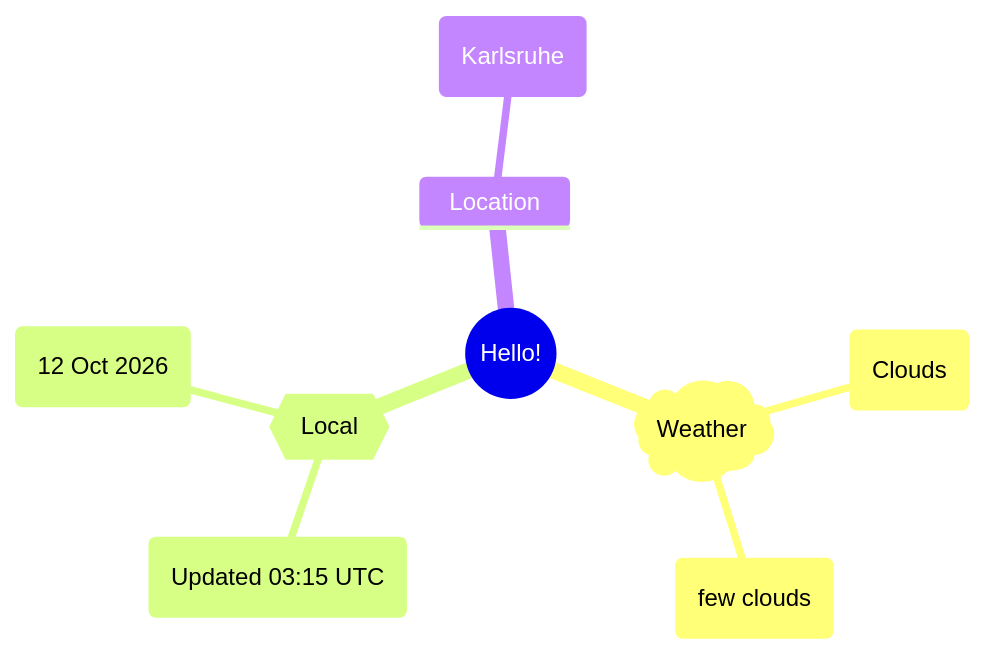
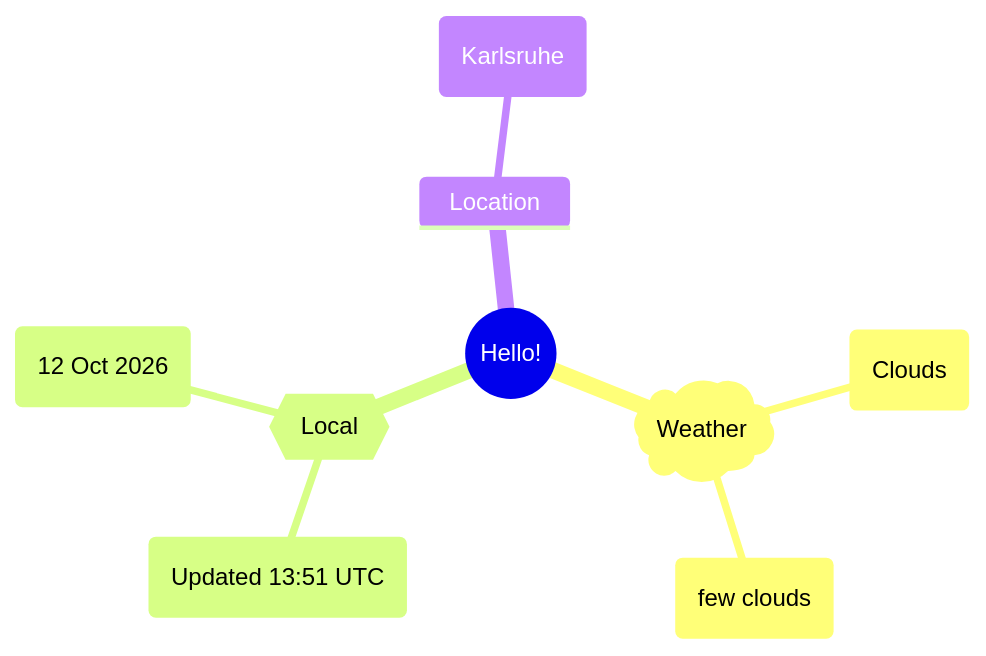
The first of 2 diagrams in README.md (Xosrov/Xosrov), drawn with Mermaid before and after one commit.

Commit message:
[bot] updated images

````diff
--- a/README.md
+++ b/README.md
@@ -3,12 +3,12 @@
 ```mermaid
 mindmap
   root((Hello!))
     )Weather(
         (Clouds)
         (few clouds)
     {{Local}}
-        (Updated 03:15 UTC)
+        (Updated 13:51 UTC)
         (12 Oct 2026)
     Location
         (Karlsruhe)
 ```
````
